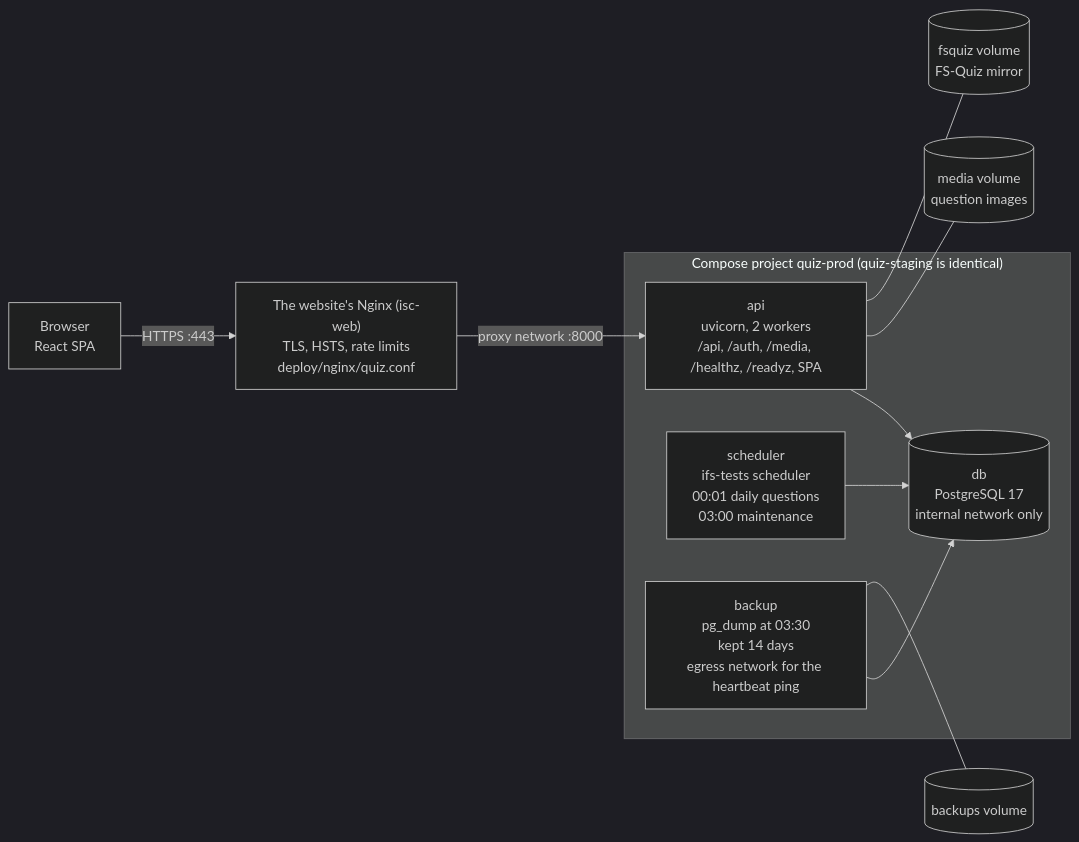
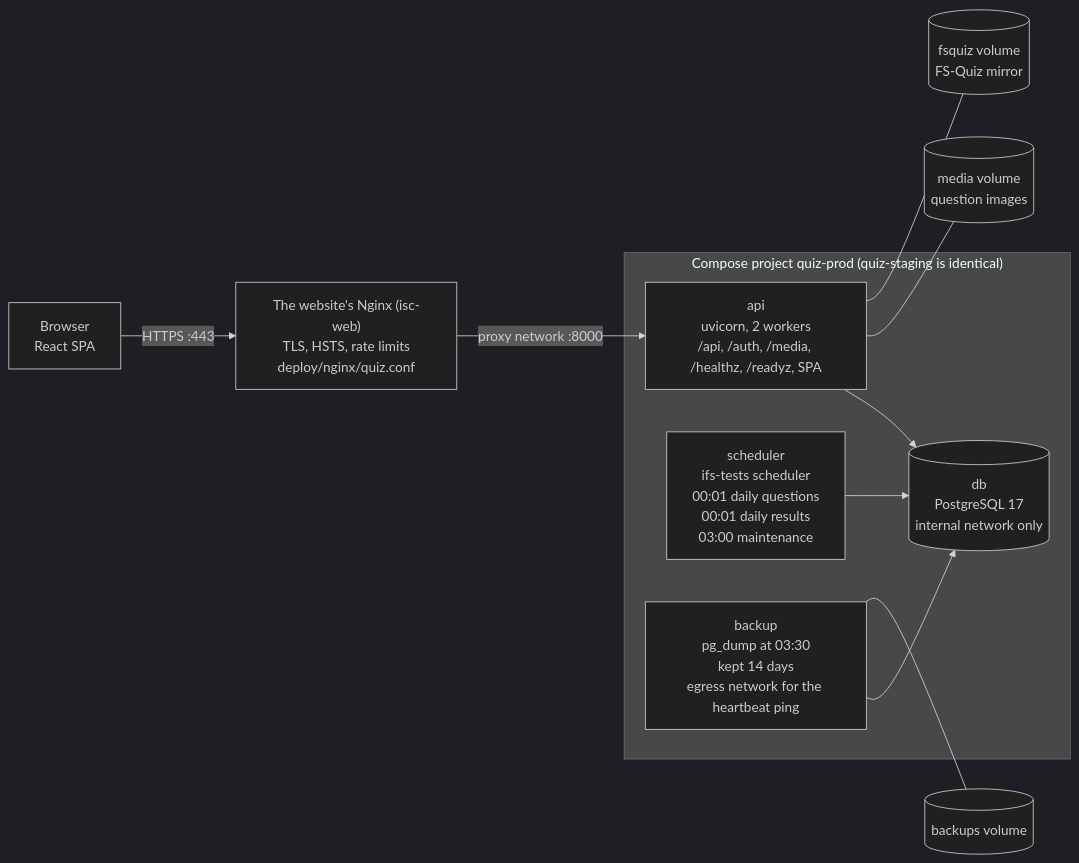
One commit to isc-fs/IFS-Tests changed the first of 4 diagrams in docs/architecture.md. Above: the diagram before and after it, drawn with Mermaid (dark theme). The commit also changed other lines of this file and 76 other files, not shown here.

````diff
--- a/docs/architecture.md
+++ b/docs/architecture.md
@@ -9,17 +9,17 @@
 ```mermaid
 flowchart LR
     B["Browser<br/>React SPA"] -->|"HTTPS :443"| N["The website's Nginx (isc-web)<br/>TLS, HSTS, rate limits<br/>deploy/nginx/quiz.conf"]
     N -->|"proxy network :8000"| A
     subgraph P["Compose project quiz-prod (quiz-staging is identical)"]
         A["api<br/>uvicorn, 2 workers<br/>/api, /auth, /media, /healthz, /readyz, SPA"]
-        S["scheduler<br/>ifs-tests scheduler<br/>00:01 daily questions<br/>03:00 maintenance"]
+        S["scheduler<br/>ifs-tests scheduler<br/>00:01 daily questions<br/>00:01 daily results<br/>03:00 maintenance"]
         K["backup<br/>pg_dump at 03:30<br/>kept 14 days<br/>egress network for the heartbeat ping"]
         D[("db<br/>PostgreSQL 17<br/>internal network only")]
         A --> D
         S --> D
         K --> D
     end
     A --- V1[("media volume<br/>question images")]
     A --- V2[("fsquiz volume<br/>FS-Quiz mirror")]
     K --- V3[("backups volume")]
 ```
````
